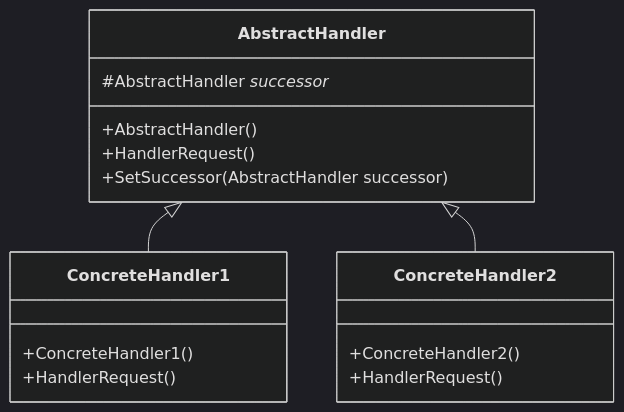
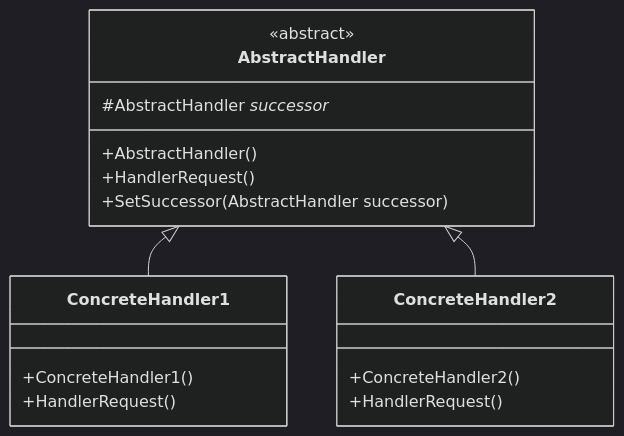
One commit to thunderstormwang/CodingNote changed the diagram in design_pattern/chain_of_responsibility.md. Above: the diagram before and after it, drawn with Mermaid (dark theme). The commit also changed other lines of this file and 4 other files, not shown here.

````diff
--- a/design_pattern/chain_of_responsibility.md
+++ b/design_pattern/chain_of_responsibility.md
@@ -4,22 +7,23 @@
 ```mermaid
 classDiagram
 class AbstractHandler {
+    <<abstract>>
     #AbstractHandler _successor_
     +AbstractHandler()
     +HandlerRequest()
     +SetSuccessor(AbstractHandler successor)
 }
 
 class ConcreteHandler1 {
     +ConcreteHandler1()
     +HandlerRequest()
 }
 
 class ConcreteHandler2 {
     +ConcreteHandler2()
     +HandlerRequest()
 }
 
 AbstractHandler <|-- ConcreteHandler1
 AbstractHandler <|-- ConcreteHandler2
 ```
````
